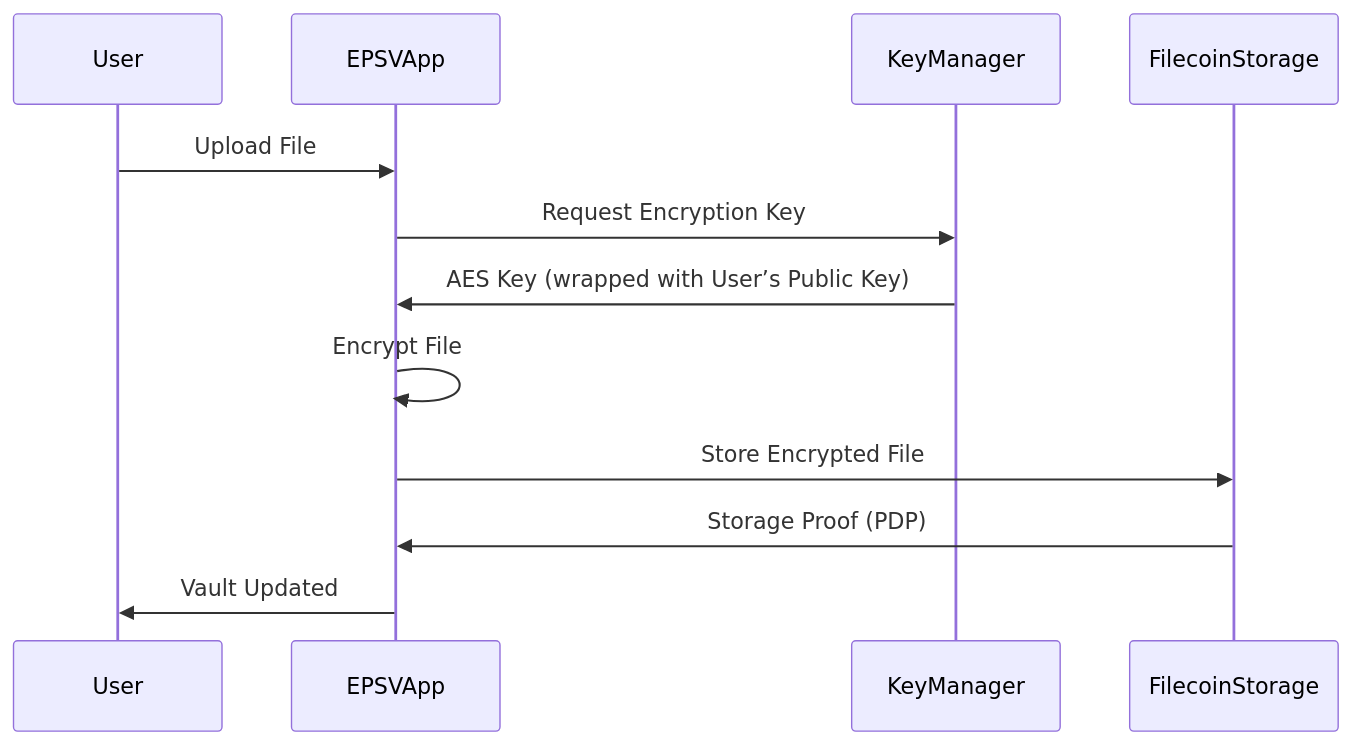
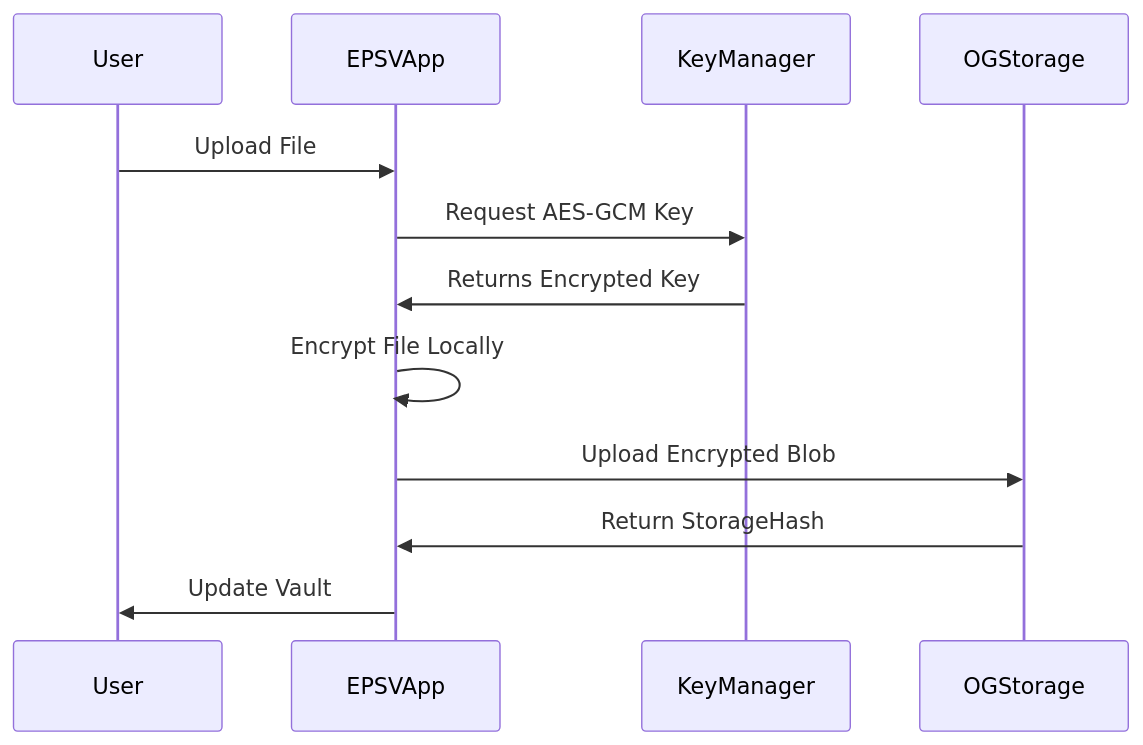
Before and after one commit to bodmandao/EPSV: the second of 2 diagrams in README.md, drawn with Mermaid. The commit also changed other lines of this file, not shown here.

````diff
--- a/README.md
+++ b/README.md
@@ -146,15 +119,15 @@
 ```mermaid
 sequenceDiagram
     participant User
     participant EPSVApp
     participant KeyManager
-    participant FilecoinStorage
+    participant OGStorage
 
     User->>EPSVApp: Upload File
-    EPSVApp->>KeyManager: Request Encryption Key
-    KeyManager->>EPSVApp: AES Key (wrapped with User’s Public Key)
-    EPSVApp->>EPSVApp: Encrypt File
-    EPSVApp->>FilecoinStorage: Store Encrypted File
-    FilecoinStorage->>EPSVApp: Storage Proof (PDP)
-    EPSVApp->>User: Vault Updated
+    EPSVApp->>KeyManager: Request AES-GCM Key
+    KeyManager->>EPSVApp: Returns Encrypted Key
+    EPSVApp->>EPSVApp: Encrypt File Locally
+    EPSVApp->>OGStorage: Upload Encrypted Blob
+    OGStorage->>EPSVApp: Return StorageHash
+    EPSVApp->>User: Update Vault
 ```
````
